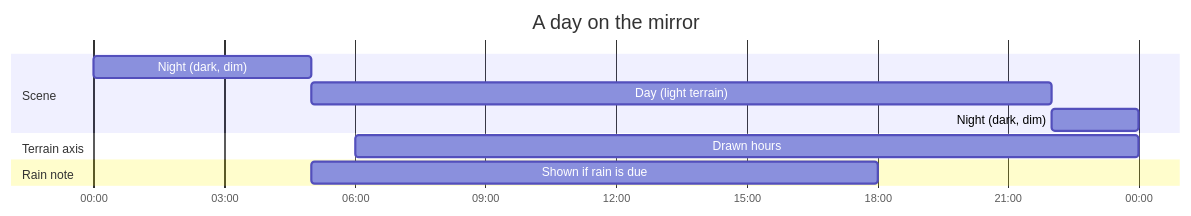
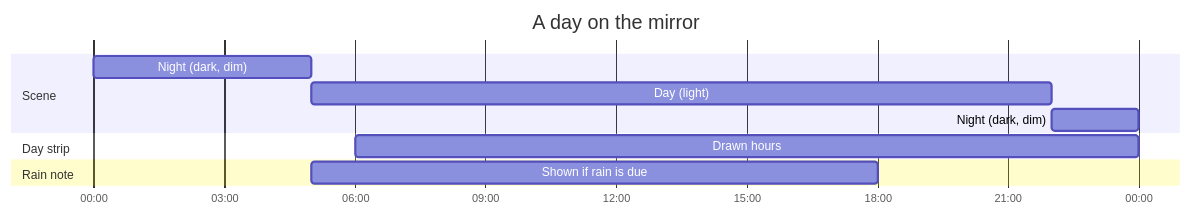
One commit to Haugf/Coconut-Kitchen changed the first of 3 diagrams in README.md. Above: the diagram before and after it, drawn with Mermaid. The commit also changed other lines of this file and 28 other files, not shown here.

````diff
--- a/README.md
+++ b/README.md
@@ -22,14 +26,14 @@
 ```mermaid
 gantt
     title A day on the mirror
     dateFormat HH:mm
     axisFormat %H:%M
     section Scene
     Night (dark, dim)   :00:00, 5h
-    Day (light terrain) :05:00, 17h
+    Day (light)         :05:00, 17h
     Night (dark, dim)   :22:00, 2h
-    section Terrain axis
+    section Day strip
     Drawn hours          :06:00, 18h
     section Rain note
     Shown if rain is due :05:00, 13h
 ```
````
